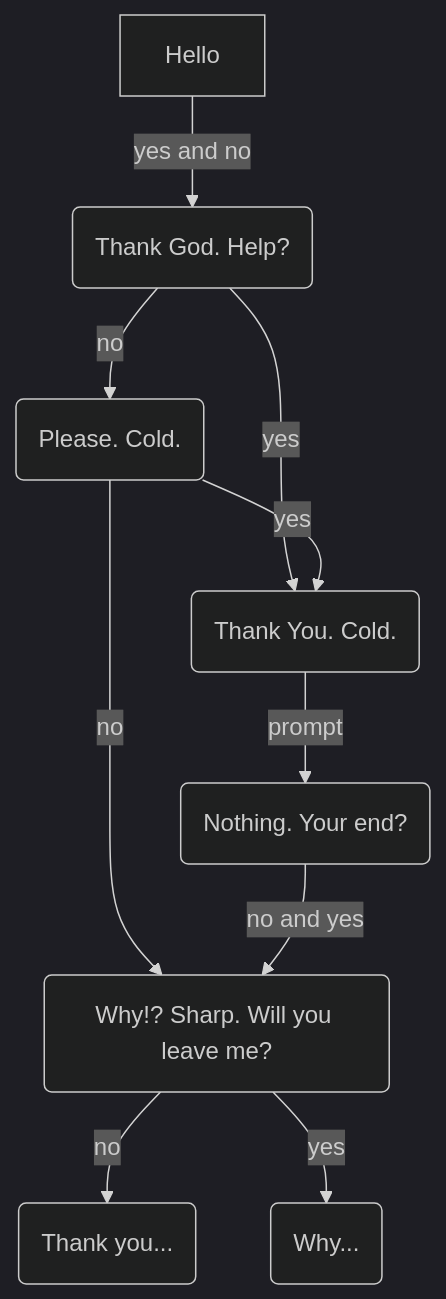
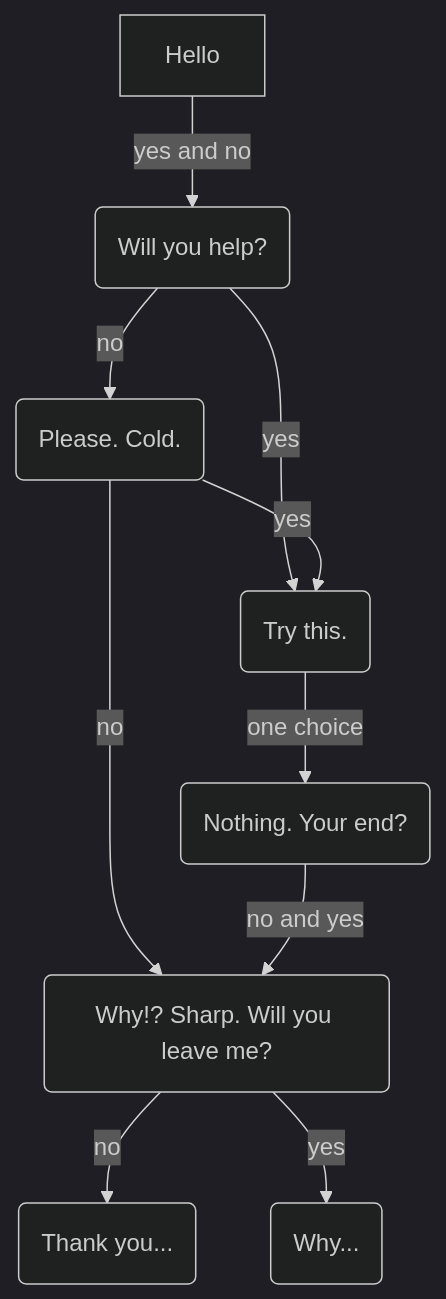
Before and after one commit to katlukens/gitm: the diagram in README.md, drawn with Mermaid (dark theme). The commit also changed other lines of this file, not shown here.

````diff
--- a/README.md
+++ b/README.md
@@ -18,12 +31,12 @@
 ```mermaid
 flowchart TD
-       A[Hello] -->|yes and no| B(Thank God. Help?)
+    A[Hello] -->|yes and no| B( Will you help?)
     B -->|no| C(Please. Cold.)
-    B -->|yes| D(Thank You. Cold.)
+    B -->|yes| D(Try this.)
     C -->|yes| D
-    D -->|prompt| E(Nothing. Your end?)
+    D -->|one choice| E(Nothing. Your end?)
     C -->|no| F
     E-->|no and yes|F(Why!? Sharp. Will you leave me?)
     F-->|no|G(Thank you...)
     F-->|yes|H(Why...)
 ```
````
